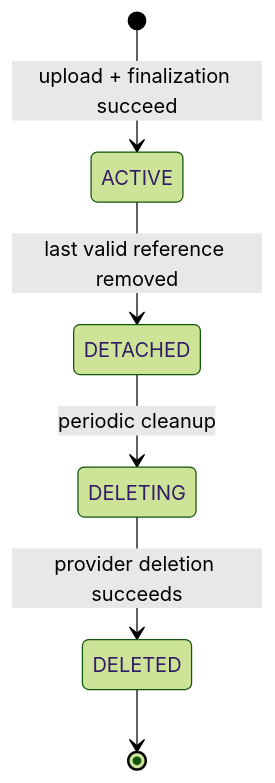
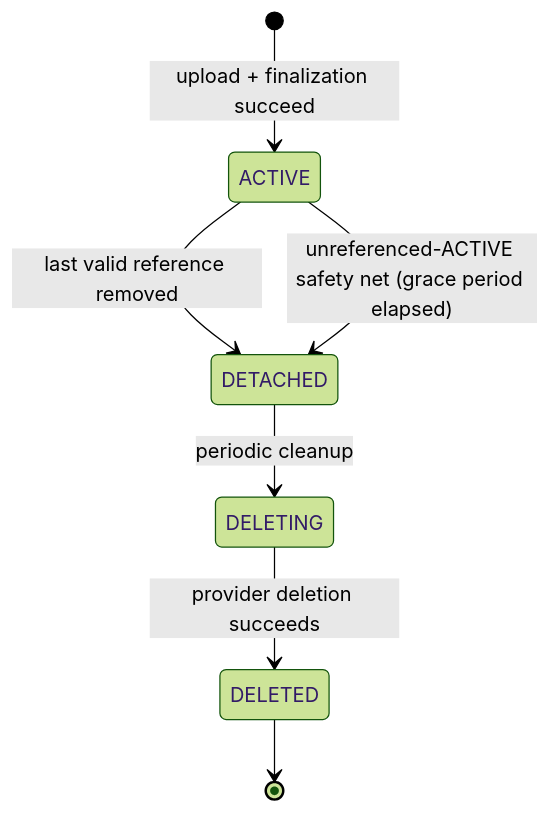
One commit to Kizunia/kizunia-web changed the diagram in docs/architecture/domain/assets/lifecycle.md. Above: the diagram before and after it, drawn with Mermaid (forest theme). The commit also changed other lines of this file and 22 other files, not shown here.

````diff
--- a/docs/architecture/domain/assets/lifecycle.md
+++ b/docs/architecture/domain/assets/lifecycle.md
@@ -23,8 +23,9 @@
 ```mermaid
 stateDiagram-v2
     [*] --> ACTIVE : upload + finalization succeed
     ACTIVE --> DETACHED : last valid reference removed
+    ACTIVE --> DETACHED : unreferenced-ACTIVE safety net (grace period elapsed)
     DETACHED --> DELETING : periodic cleanup
     DELETING --> DELETED : provider deletion succeeds
     DELETED --> [*]
 ```
````
